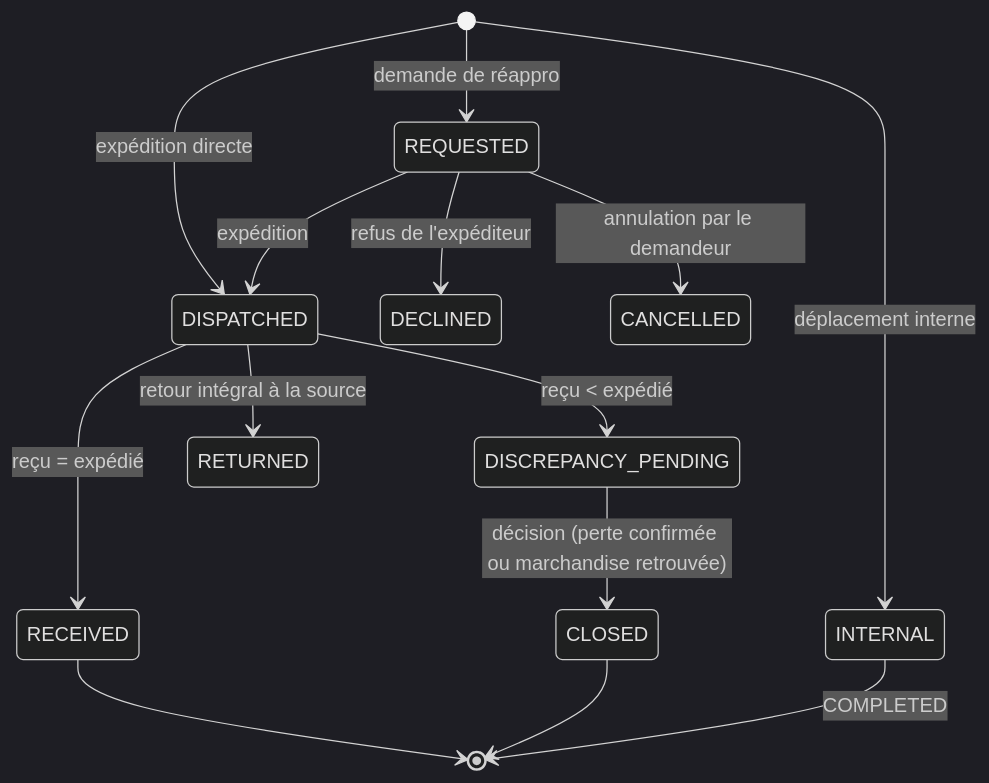
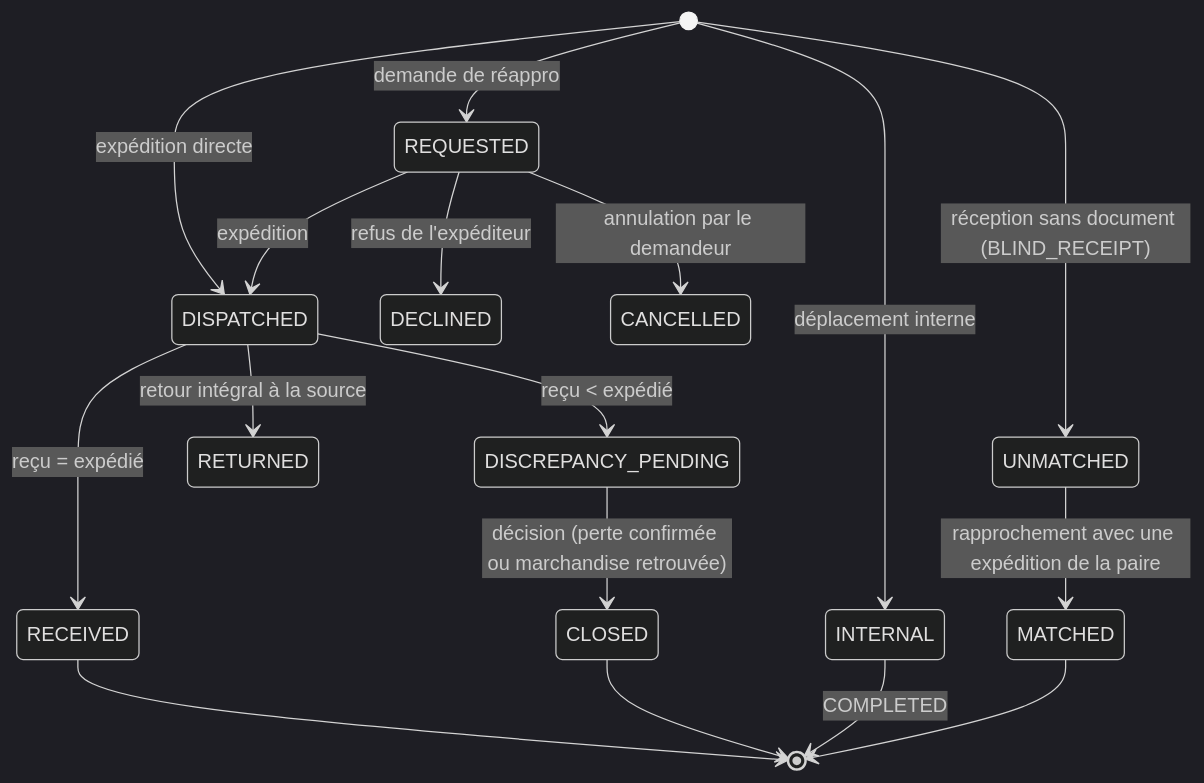
Before and after one commit to romiall/app.gic-agropelc: the first of 4 diagrams in docs/04-workflows/machines-a-etats/03-stock.md, drawn with Mermaid (dark theme). The commit also changed other lines of this file and 63 other files, not shown here.

````diff
--- a/docs/04-workflows/machines-a-etats/03-stock.md
+++ b/docs/04-workflows/machines-a-etats/03-stock.md
@@ -7,17 +7,20 @@
 ```mermaid
 stateDiagram-v2
   [*] --> REQUESTED : demande de réappro
   [*] --> DISPATCHED : expédition directe
   REQUESTED --> DISPATCHED : expédition
   REQUESTED --> DECLINED : refus de l'expéditeur
   REQUESTED --> CANCELLED : annulation par le demandeur
   DISPATCHED --> RECEIVED : reçu = expédié
   DISPATCHED --> DISCREPANCY_PENDING : reçu < expédié
   DISPATCHED --> RETURNED : retour intégral à la source
   DISCREPANCY_PENDING --> CLOSED : décision (perte confirmée ou marchandise retrouvée)
   RECEIVED --> [*]
   CLOSED --> [*]
   state "INTERNAL" as I
   [*] --> I : déplacement interne
   I --> [*] : COMPLETED
+  [*] --> UNMATCHED : réception sans document (BLIND_RECEIPT)
+  UNMATCHED --> MATCHED : rapprochement avec une expédition de la paire
+  MATCHED --> [*]
 ```
````
